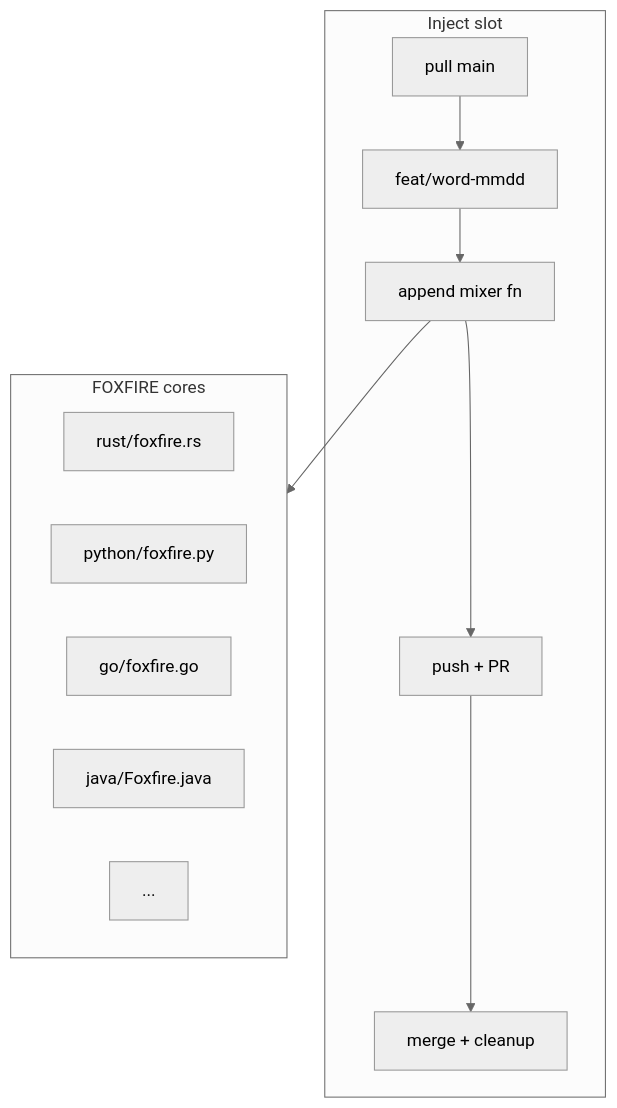
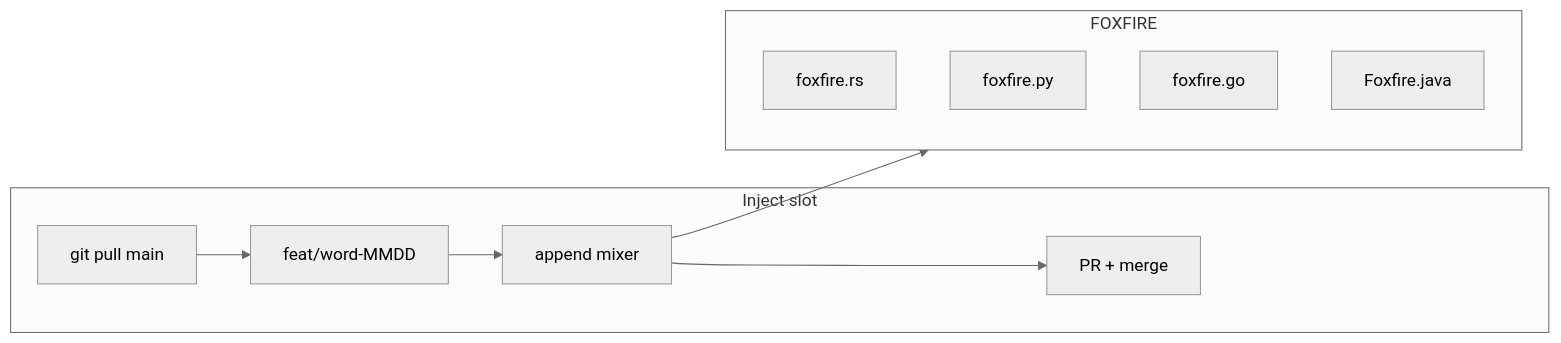
Before and after one commit to Dls-geek/BLACK-PIRATE-DHH: the diagram in README.md, drawn with Mermaid (neutral theme). The commit also changed other lines of this file and 3 other files, not shown here.

````diff
--- a/README.md
+++ b/README.md
@@ -60,17 +55,15 @@
 ```mermaid
-flowchart TB
-  subgraph inject [Inject slot]
-    A[pull main] --> B[feat/word-mmdd]
-    B --> C[append mixer fn]
-    C --> D[push + PR]
-    D --> E[merge + cleanup]
+flowchart LR
+  subgraph slot [Inject slot]
+    pull[git pull main] --> br[feat/word-MMDD]
+    br --> mut[append mixer]
+    mut --> pr[PR + merge]
   end
-  subgraph core [FOXFIRE cores]
-    R[rust/foxfire.rs]
-    P[python/foxfire.py]
-    G[go/foxfire.go]
-    J[java/Foxfire.java]
-    X[...]
+  subgraph fox [FOXFIRE]
+    rs[foxfire.rs]
+    py[foxfire.py]
+    go[foxfire.go]
+    jv[Foxfire.java]
   end
-  C --> core
+  mut --> fox
 ```
````
